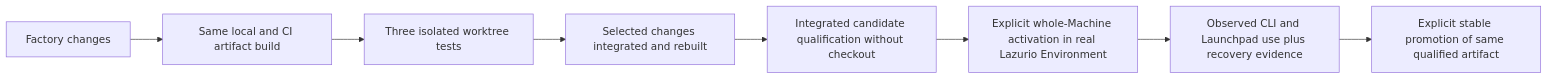
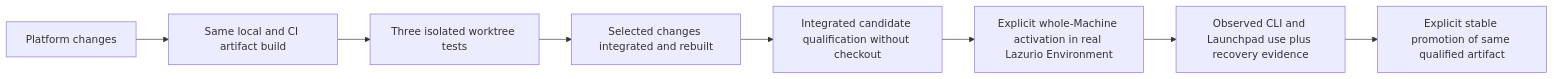
Before and after one commit to Lazurio/LazurioFactory: the diagram in docs/release-cycle.md, drawn with Mermaid. The commit also changed other lines of this file and 20 other files, not shown here.

Commit message:
Architecture: Define Lazurio Platform and Folder Factory

````diff
--- a/docs/release-cycle.md
+++ b/docs/release-cycle.md
@@ -54,10 +54,10 @@
 ```mermaid
 flowchart LR
-  S[Factory changes] --> B[Same local and CI artifact build]
+  S[Platform changes] --> B[Same local and CI artifact build]
   B --> W[Three isolated worktree tests]
   W --> I[Selected changes integrated and rebuilt]
   I --> Q[Integrated candidate qualification without checkout]
   Q --> A[Explicit whole-Machine activation in real Lazurio Environment]
   A --> O[Observed CLI and Launchpad use plus recovery evidence]
   O --> P[Explicit stable promotion of same qualified artifact]
 ```
````
